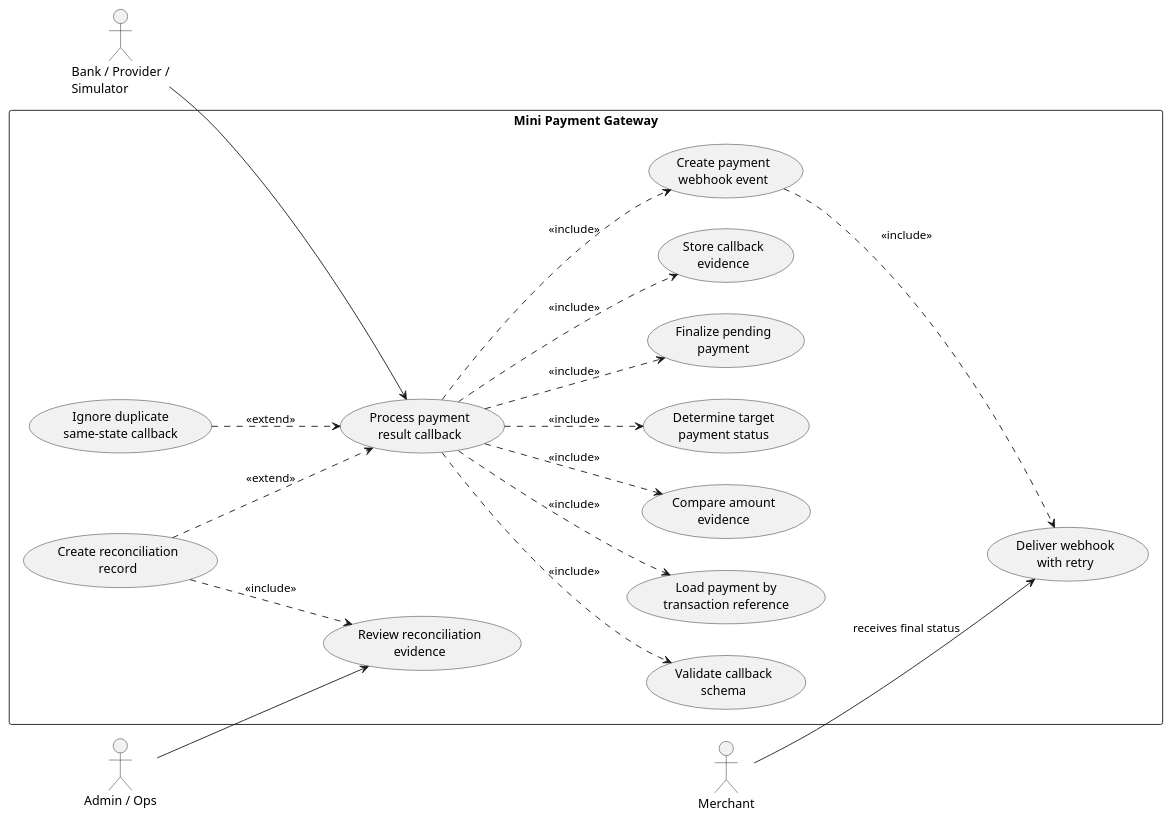
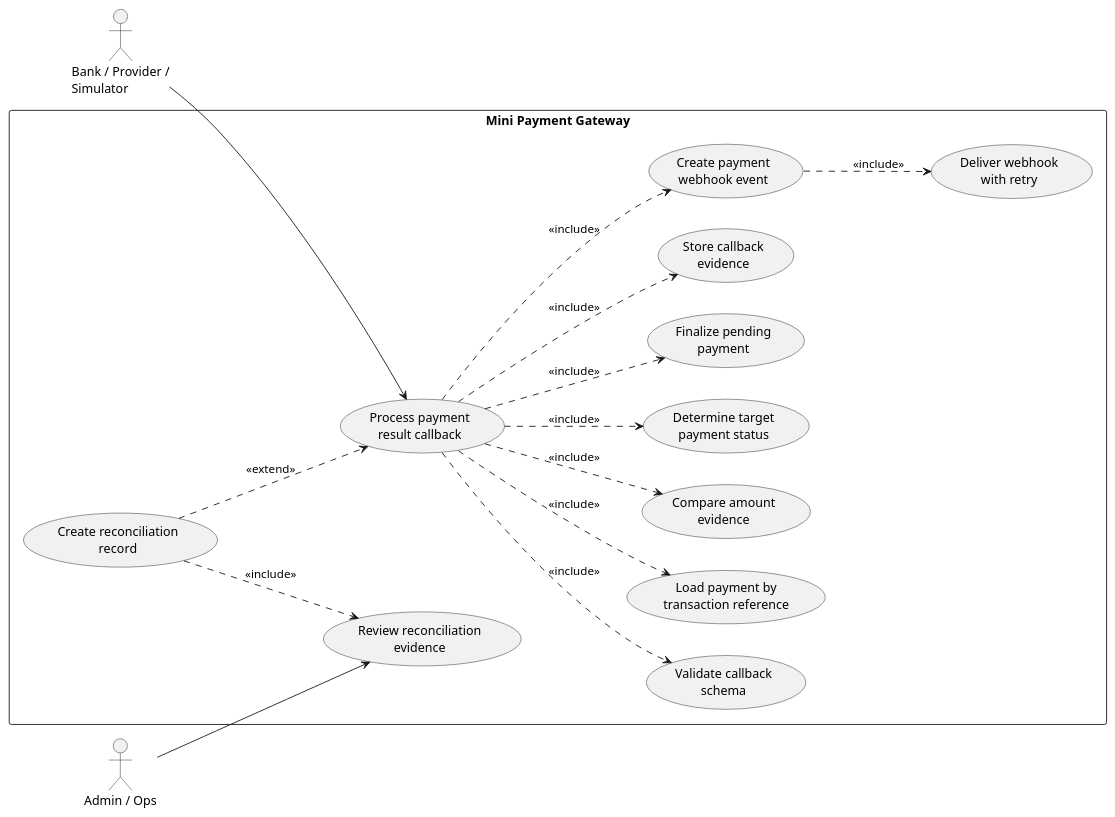
One commit to biabeogo147/mini-payment-gateway changed the fourth of 6 diagrams in docs/product/use-cases.md. Above: the diagram before and after it, drawn with PlantUML. The commit also changed other lines of this file and 1 other file, not shown here.

Commit message:
update uc diagram

````diff
--- a/docs/product/use-cases.md
+++ b/docs/product/use-cases.md
@@ -378,42 +359,38 @@
 ```plantuml
 @startuml uc003_process_payment_result_callback
 left to right direction
 skinparam packageStyle rectangle
 
 actor "Bank / Provider /\nSimulator" as Provider
-actor "Merchant" as Merchant
 actor "Admin / Ops" as Admin
 
 rectangle "Mini Payment Gateway" {
   usecase "Process payment\nresult callback" as UC003
   usecase "Validate callback\nschema" as UC_ValidateCallback
   usecase "Load payment by\ntransaction reference" as UC_LoadPayment
   usecase "Compare amount\nevidence" as UC_CompareAmount
   usecase "Determine target\npayment status" as UC_DetermineStatus
   usecase "Finalize pending\npayment" as UC_FinalizePayment
   usecase "Store callback\nevidence" as UC_StoreEvidence
   usecase "Create payment\nwebhook event" as UC_CreateWebhook
   usecase "Deliver webhook\nwith retry" as UC005
   usecase "Create reconciliation\nrecord" as UC_Reconcile
   usecase "Review reconciliation\nevidence" as UC_ReviewReconciliation
-  usecase "Ignore duplicate\nsame-state callback" as UC_IgnoreDuplicate
 }
 
 Provider --> UC003
-Merchant --> UC005 : receives final status
 Admin --> UC_ReviewReconciliation
 
 UC003 ..> UC_ValidateCallback : <<include>>
 UC003 ..> UC_LoadPayment : <<include>>
 UC003 ..> UC_CompareAmount : <<include>>
 UC003 ..> UC_DetermineStatus : <<include>>
 UC003 ..> UC_FinalizePayment : <<include>>
 UC003 ..> UC_StoreEvidence : <<include>>
 UC003 ..> UC_CreateWebhook : <<include>>
 
 UC_CreateWebhook ..> UC005 : <<include>>
 UC_Reconcile ..> UC003 : <<extend>>
-UC_IgnoreDuplicate ..> UC003 : <<extend>>
 UC_Reconcile ..> UC_ReviewReconciliation : <<include>>
 @enduml
 ```
````
